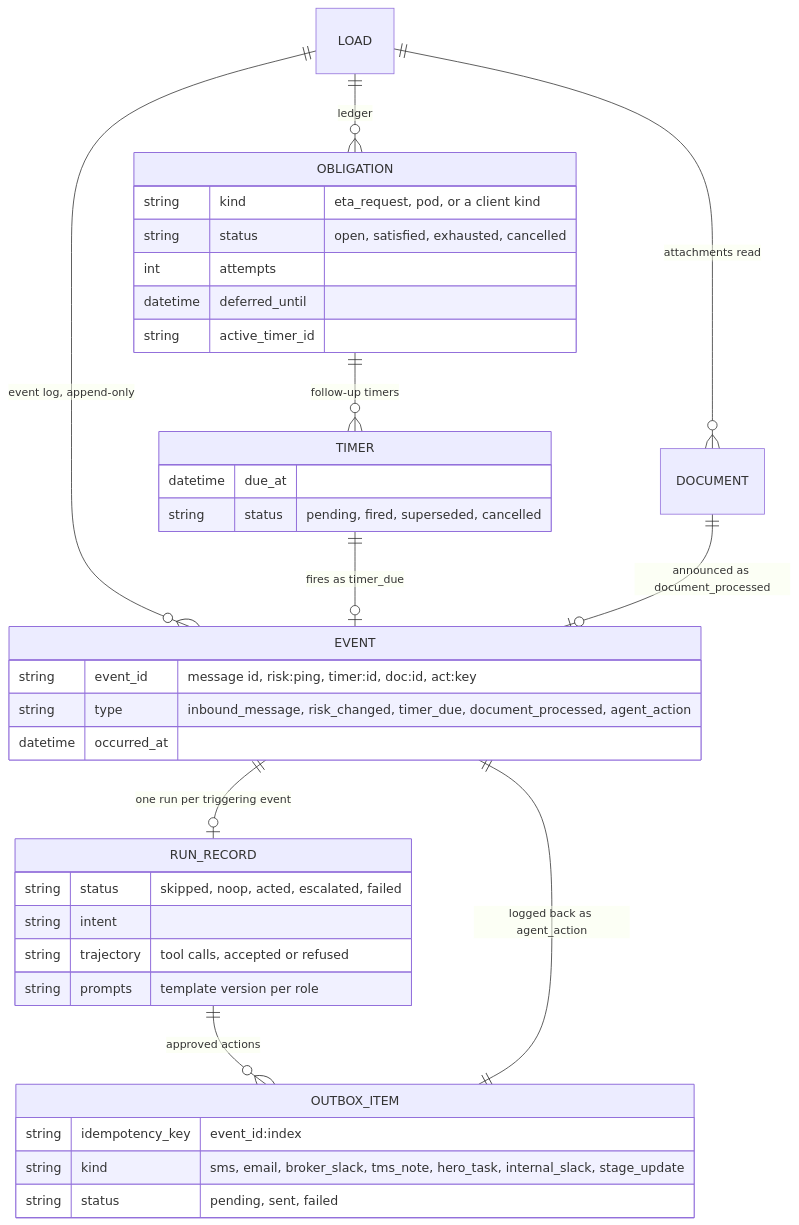
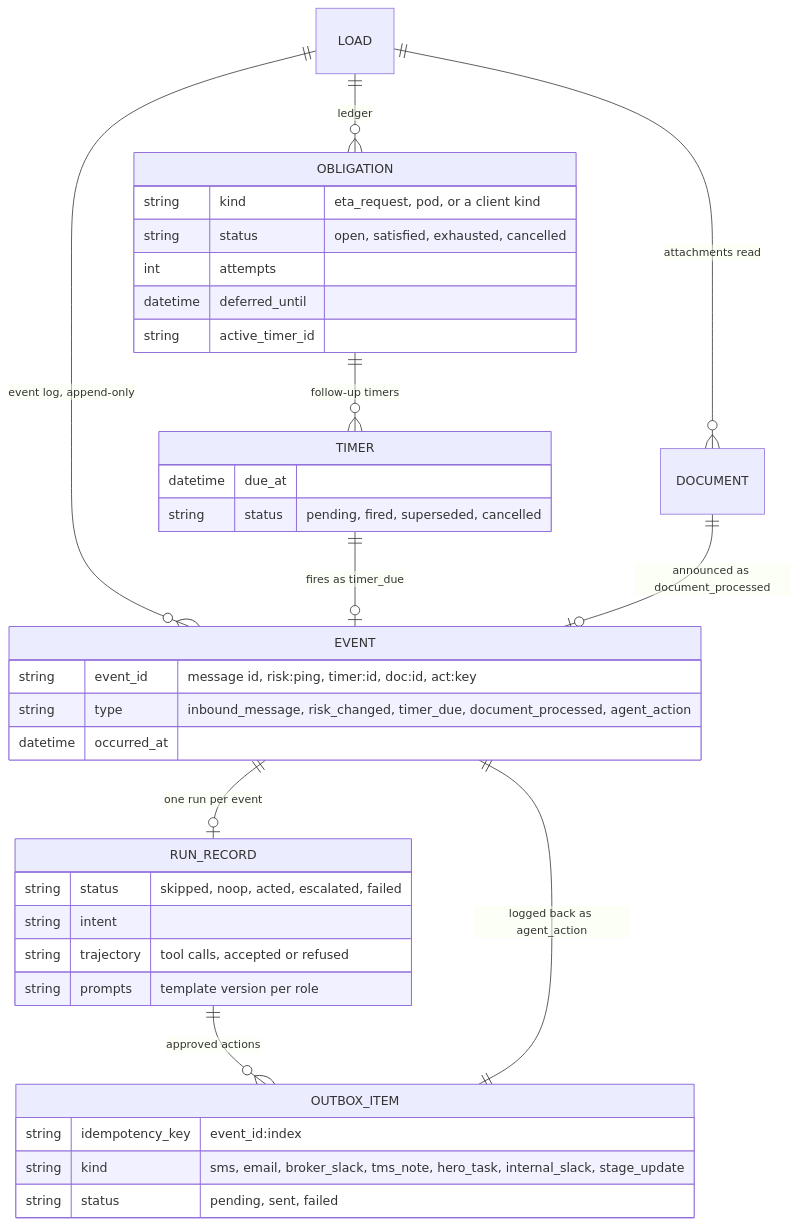
The fifth of 11 diagrams in docs/architecture.md (pedrocwb/freight-hero-assessment), drawn with Mermaid before and after one commit. The commit also changed other lines of this file and 1 other file, not shown here.

First line of the commit message:
Rewrite the answers and the architecture in plain language

````diff
--- a/docs/architecture.md
+++ b/docs/architecture.md
@@ -173,40 +193,40 @@
 ```mermaid
 erDiagram
   LOAD ||--o{ EVENT : "event log, append-only"
   LOAD ||--o{ OBLIGATION : "ledger"
   OBLIGATION ||--o{ TIMER : "follow-up timers"
   LOAD ||--o{ DOCUMENT : "attachments read"
-  EVENT ||--o| RUN_RECORD : "one run per triggering event"
+  EVENT ||--o| RUN_RECORD : "one run per event"
   RUN_RECORD ||--o{ OUTBOX_ITEM : "approved actions"
   OUTBOX_ITEM ||--|| EVENT : "logged back as agent_action"
   TIMER ||--o| EVENT : "fires as timer_due"
   DOCUMENT ||--o| EVENT : "announced as document_processed"
 
   EVENT {
     string event_id "message id, risk:ping, timer:id, doc:id, act:key"
     string type "inbound_message, risk_changed, timer_due, document_processed, agent_action"
     datetime occurred_at
   }
   OBLIGATION {
     string kind "eta_request, pod, or a client kind"
     string status "open, satisfied, exhausted, cancelled"
     int attempts
     datetime deferred_until
     string active_timer_id
   }
   TIMER {
     datetime due_at
     string status "pending, fired, superseded, cancelled"
   }
   OUTBOX_ITEM {
     string idempotency_key "event_id:index"
     string kind "sms, email, broker_slack, tms_note, hero_task, internal_slack, stage_update"
     string status "pending, sent, failed"
   }
   RUN_RECORD {
     string status "skipped, noop, acted, escalated, failed"
     string intent
     string trajectory "tool calls, accepted or refused"
     string prompts "template version per role"
   }
 ```
````
